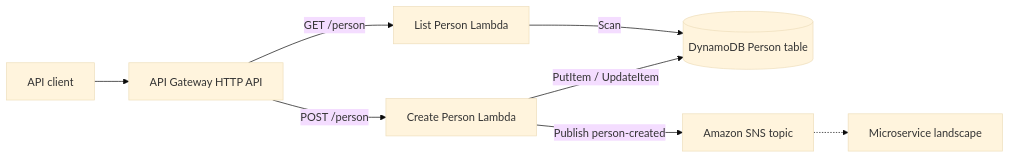
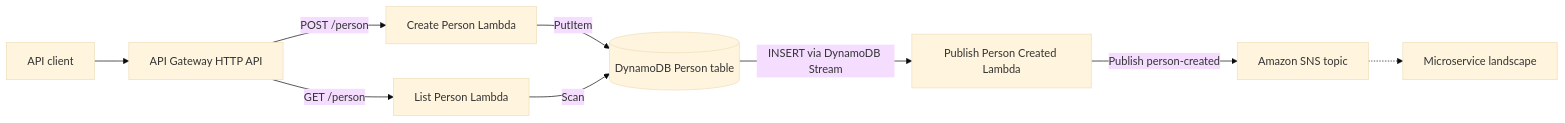
The first of 5 diagrams in README.md (YavuzYldrm/person-service), drawn with Mermaid (base theme) before and after one commit. The commit also changed other lines of this file and 21 other files, not shown here.

Commit message:
DynamoDB Stream and SNS publisher lambda is implemented. For worstcase scenario, alarm is implemented with email notification. Related test cases are added.

````diff
--- a/README.md
+++ b/README.md
@@ -9,10 +9,11 @@
 ```mermaid
 flowchart LR
     Client[API client] --> Api[API Gateway HTTP API]
     Api -->|POST /person| CreateLambda[Create Person Lambda]
     Api -->|GET /person| ListLambda[List Person Lambda]
-    CreateLambda -->|PutItem / UpdateItem| Table[(DynamoDB Person table)]
+    CreateLambda -->|PutItem| Table[(DynamoDB Person table)]
     ListLambda -->|Scan| Table
-    CreateLambda -->|Publish person-created| Topic[Amazon SNS topic]
+    Table -->|INSERT via DynamoDB Stream| PublisherLambda[Publish Person Created Lambda]
+    PublisherLambda -->|Publish person-created| Topic[Amazon SNS topic]
     Topic -.-> Landscape[Microservice landscape]
 ```
````
